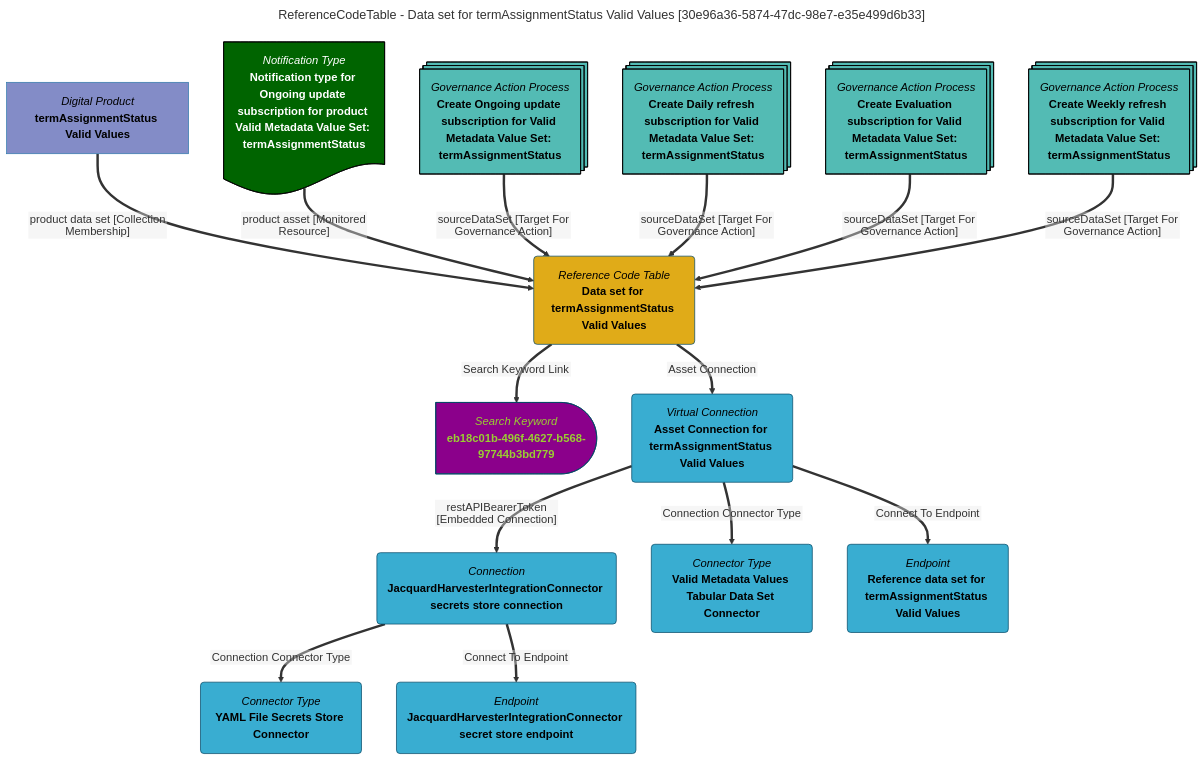
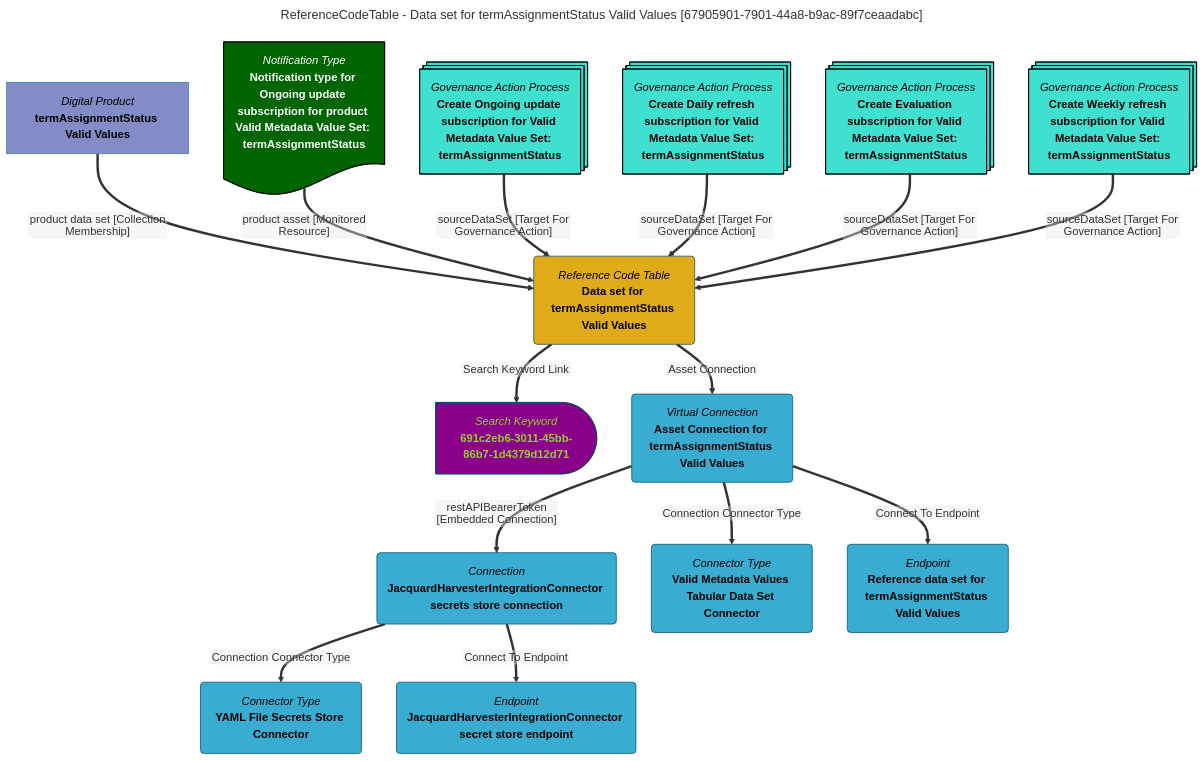
The diagram in site/snippets/data-assets/data-set-for-termassignmentstatus-valid-values-mermaid-graph.md (odpi/egeria-docs), drawn with Mermaid before and after one commit. The commit also changed 2201 other files, not shown here.

````diff
--- a/site/snippets/data-assets/data-set-for-termassignmentstatus-valid-values-mermaid-graph.md
+++ b/site/snippets/data-assets/data-set-for-termassignmentstatus-valid-values-mermaid-graph.md
@@ -1,63 +1,63 @@
 ```mermaid
 ---
-title: ReferenceCodeTable - Data set for termAssignmentStatus Valid Values [30e96a36-5874-47dc-98e7-e35e499d6b33]
+title: ReferenceCodeTable - Data set for termAssignmentStatus Valid Values [67905901-7901-44a8-b9ac-89f7ceaadabc]
 ---
 flowchart TD
 %%{init: {"flowchart": {"htmlLabels": false}} }%%
 
 1@{ shape: rounded, label: "*Reference Code Table*
 **Data set for termAssignmentStatus Valid Values**"}
 2@{ shape: delay, label: "*Search Keyword*
-**eb18c01b-496f-4627-b568-97744b3bd779**"}
+**691c2eb6-3011-45bb-86b7-1d4379d12d71**"}
 1==>|"Search Keyword Link"|2
 3@{ shape: rect, label: "*Digital Product*
 **termAssignmentStatus Valid Values**"}
 3==>|"product data set [Collection Membership]"|1
 4@{ shape: rounded, label: "*Virtual Connection*
 **Asset Connection for termAssignmentStatus Valid Values**"}
 1==>|"Asset Connection"|4
 5@{ shape: rounded, label: "*Connection*
 **JacquardHarvesterIntegrationConnector secrets store connection**"}
 4==>|"restAPIBearerToken [Embedded Connection]"|5
 6@{ shape: rounded, label: "*Connector Type*
 **YAML File Secrets Store Connector**"}
 5==>|"Connection Connector Type"|6
 7@{ shape: rounded, label: "*Endpoint*
 **JacquardHarvesterIntegrationConnector secret store endpoint**"}
 5==>|"Connect To Endpoint"|7
 8@{ shape: rounded, label: "*Connector Type*
 **Valid Metadata Values Tabular Data Set Connector**"}
 4==>|"Connection Connector Type"|8
 9@{ shape: rounded, label: "*Endpoint*
 **Reference data set for termAssignmentStatus Valid Values**"}
 4==>|"Connect To Endpoint"|9
 10@{ shape: doc, label: "*Notification Type*
 **Notification type for Ongoing update subscription for product Valid Metadata Value Set: termAssignmentStatus**"}
 10==>|"product asset [Monitored Resource]"|1
 11@{ shape: processes, label: "*Governance Action Process*
 **Create Ongoing update subscription for Valid Metadata Value Set: termAssignmentStatus**"}
 11==>|"sourceDataSet [Target For Governance Action]"|1
 12@{ shape: processes, label: "*Governance Action Process*
 **Create Daily refresh subscription for Valid Metadata Value Set: termAssignmentStatus**"}
 12==>|"sourceDataSet [Target For Governance Action]"|1
 13@{ shape: processes, label: "*Governance Action Process*
 **Create Evaluation subscription for Valid Metadata Value Set: termAssignmentStatus**"}
 13==>|"sourceDataSet [Target For Governance Action]"|1
 14@{ shape: processes, label: "*Governance Action Process*
 **Create Weekly refresh subscription for Valid Metadata Value Set: termAssignmentStatus**"}
 14==>|"sourceDataSet [Target For Governance Action]"|1
-style 11 color:#000000, fill:#53bbb4, stroke:#000000
-style 12 color:#000000, fill:#53bbb4, stroke:#000000
-style 13 color:#000000, fill:#53bbb4, stroke:#000000
-style 14 color:#000000, fill:#53bbb4, stroke:#000000
+style 11 color:#000000, fill:#40E0D0, stroke:#000000
+style 12 color:#000000, fill:#40E0D0, stroke:#000000
+style 13 color:#000000, fill:#40E0D0, stroke:#000000
+style 14 color:#000000, fill:#40E0D0, stroke:#000000
 style 1 color:#000000, fill:#e0ab18, stroke:#004563
-style 2 color:#9acd32, fill:#8b008b, stroke:#004563
+style 2 color:#9ACD32, fill:#8B008B, stroke:#004563
 style 3 color:#000000, fill:#838cc7, stroke:#3079ab
 style 4 color:#000000, fill:#39add1, stroke:#004563
 style 5 color:#000000, fill:#39add1, stroke:#004563
 style 6 color:#000000, fill:#39add1, stroke:#004563
 style 7 color:#000000, fill:#39add1, stroke:#004563
 style 8 color:#000000, fill:#39add1, stroke:#004563
 style 9 color:#000000, fill:#39add1, stroke:#004563
 style 10 color:#FFFFFF, fill:#006400, stroke:#000000
 ```
````
